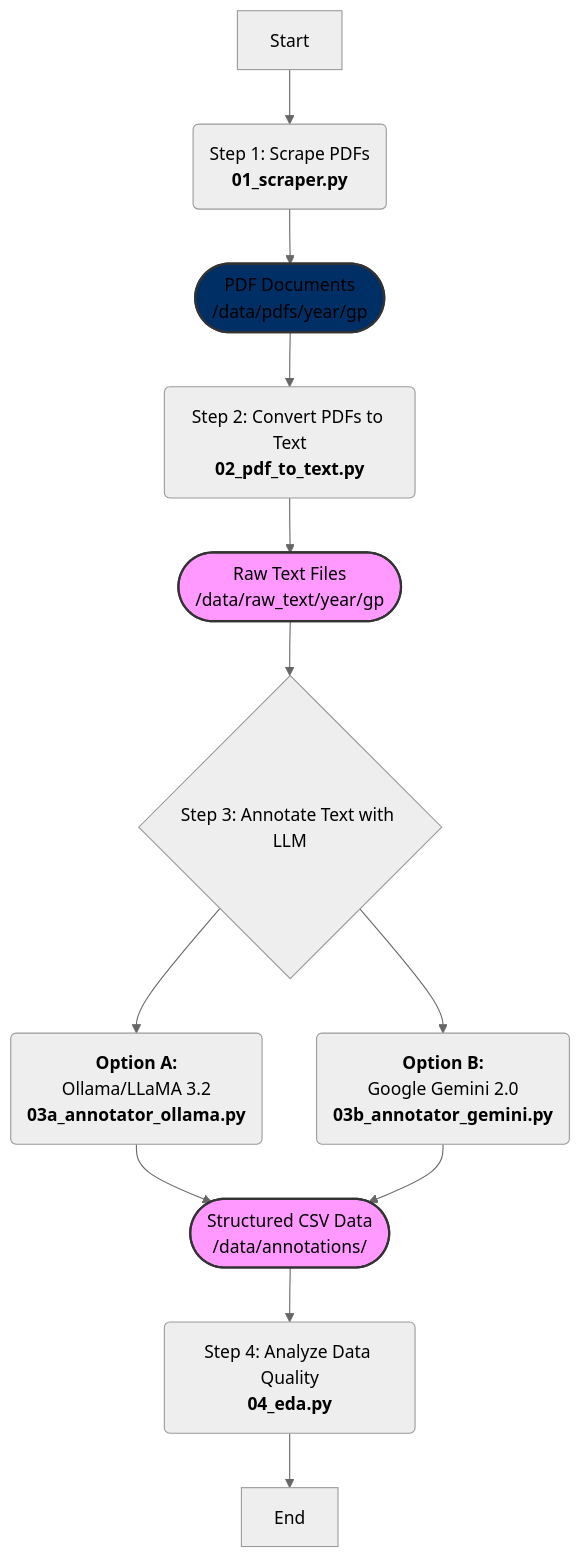
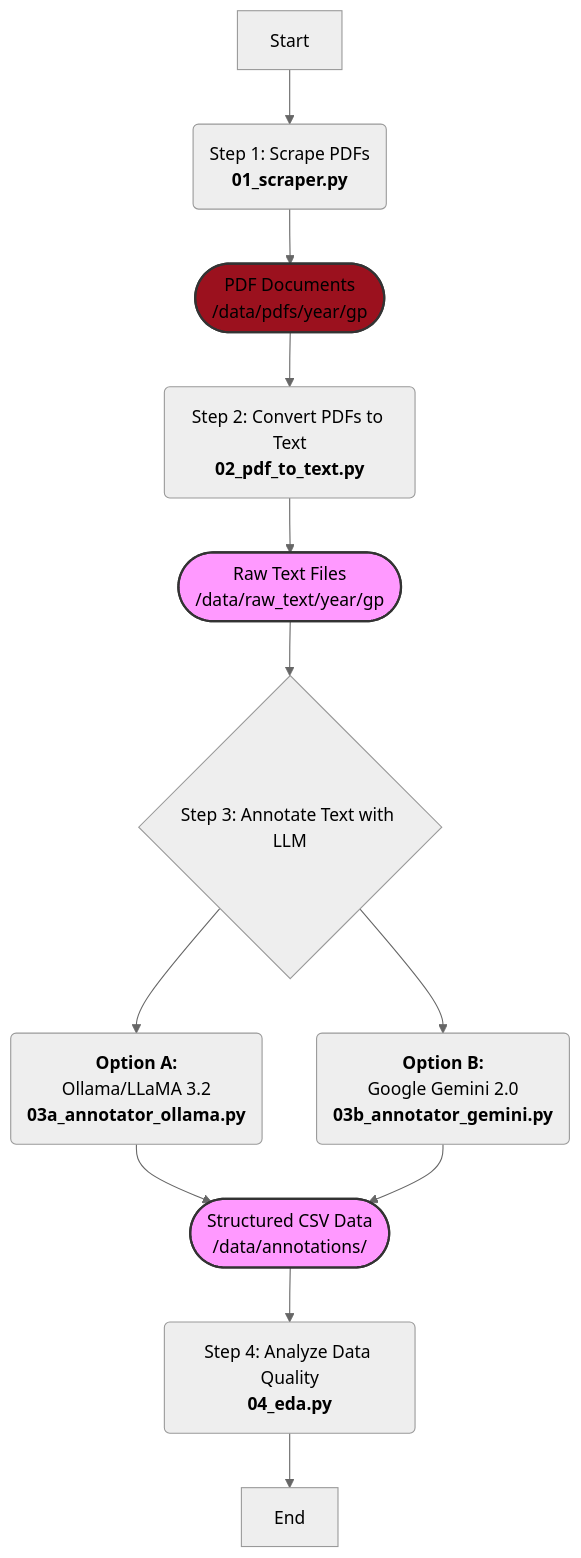
Before and after one commit to Rhabibi1609/End-to-End_ETL_4_formula-1-penalty-data-using-selenium-and-llms: the first of 5 diagrams in README.md, drawn with Mermaid (neutral theme).

````diff
--- a/README.md
+++ b/README.md
@@ -20,18 +20,18 @@
 ```mermaid
 flowchart TD
     A[Start] --> B(Step 1: Scrape PDFs<br><b>01_scraper.py</b>);
     B --> C([PDF Documents<br>/data/pdfs/year/gp]);
     C --> D(Step 2: Convert PDFs to Text<br><b>02_pdf_to_text.py</b>);
     D --> E([Raw Text Files<br>/data/raw_text/year/gp]);
     E --> F{Step 3: Annotate Text with LLM};
     F --> G(<b>Option A:</b><br>Ollama/LLaMA 3.2<br><b>03a_annotator_ollama.py</b>);
     F --> H(<b>Option B:</b><br>Google Gemini 2.0<br><b>03b_annotator_gemini.py</b>);
     G --> I([Structured CSV Data<br>/data/annotations/]);
     H --> I;
     I --> J(Step 4: Analyze Data Quality<br><b>04_eda.py</b>);
     J --> K[End];
 
-    style C fill:#002F65,stroke:#333,stroke-width:2px
+    style C fill:#9B111E,stroke:#333,stroke-width:2px
     style E fill:#f9f,stroke:#333,stroke-width:2px
     style I fill:#f9f,stroke:#333,stroke-width:2px
 ```
````
